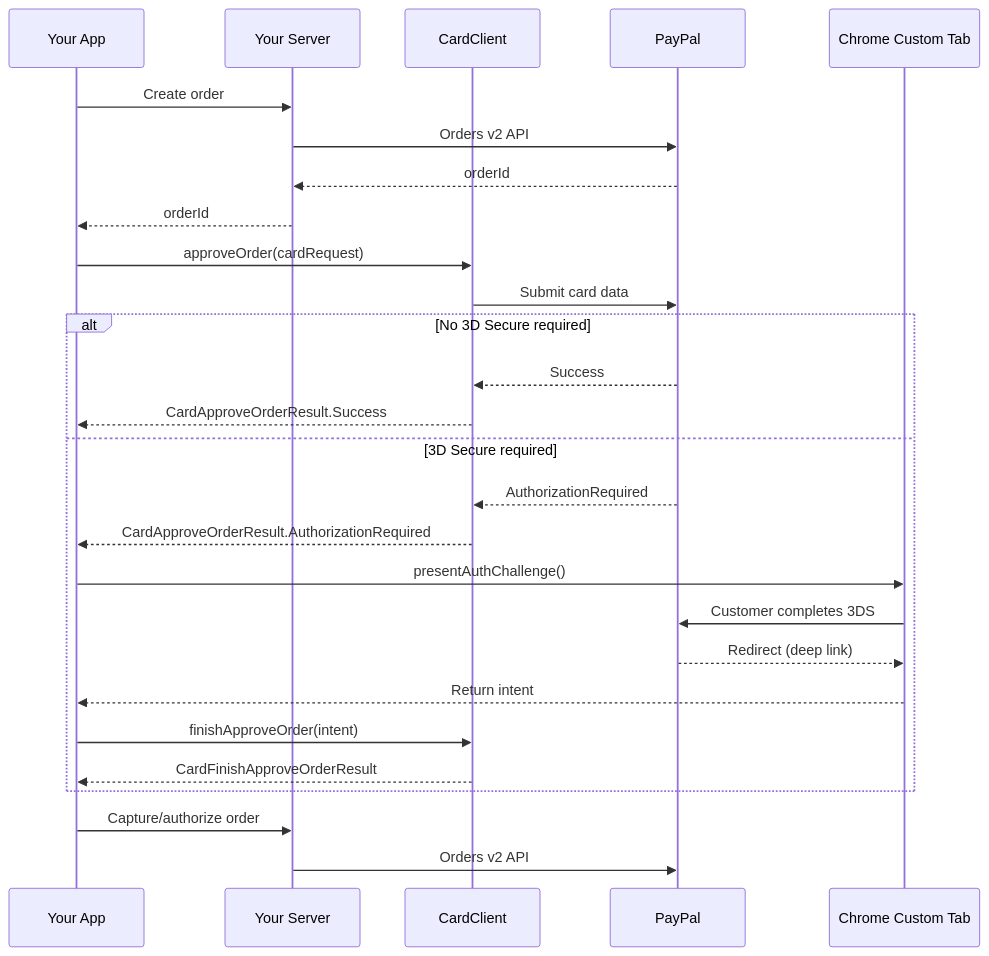
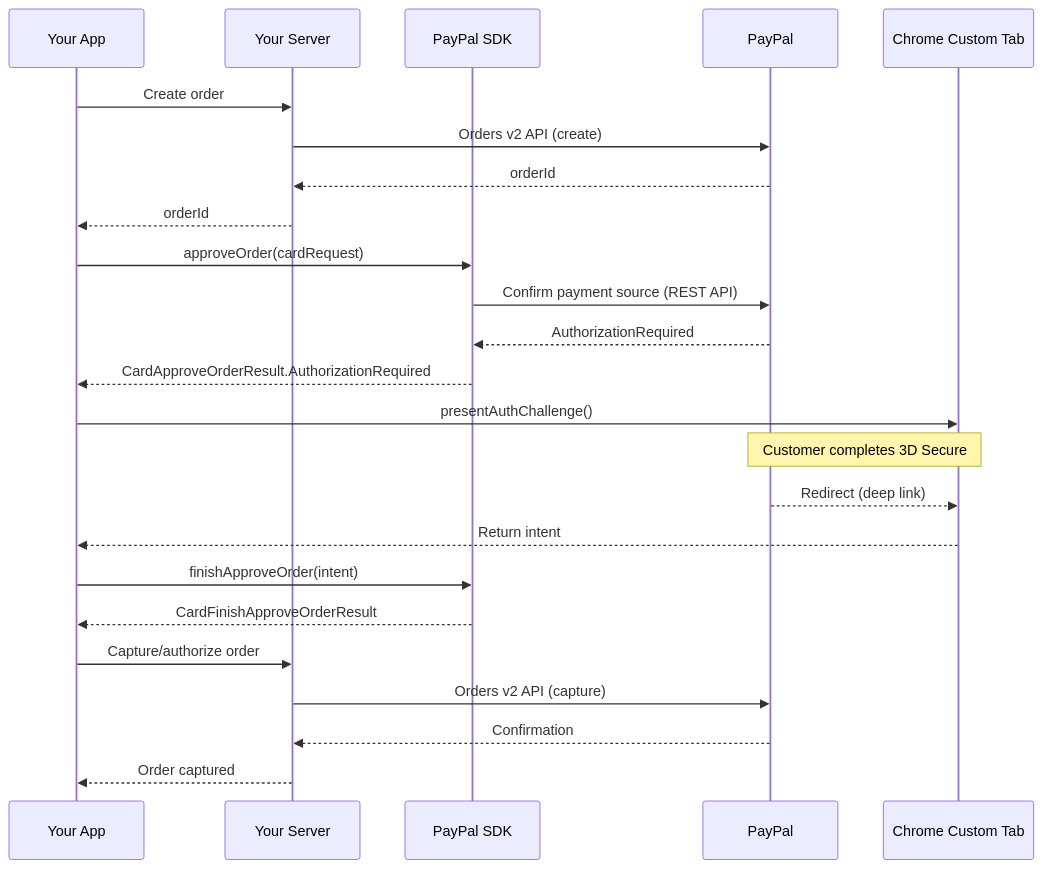
Before and after one commit to paypal/paypal-android: the fourth of 5 diagrams in Docs/IntegrationGuide.md, drawn with Mermaid. The commit also changed other lines of this file, not shown here.

Commit message:
Split card payment diagram into two and standardize diagram labels
- Replace alt-path card payment diagram with separate 3DS and non-3DS diagrams
- Standardize all Mermaid diagram participant labels to "PayPal SDK"

````diff
--- a/Docs/IntegrationGuide.md
+++ b/Docs/IntegrationGuide.md
@@ -265,30 +290,27 @@
 ```mermaid
 sequenceDiagram
     participant App as Your App
     participant Server as Your Server
-    participant SDK as CardClient
+    participant SDK as PayPal SDK
     participant PayPal as PayPal
     participant Browser as Chrome Custom Tab
 
     App->>Server: Create order
-    Server->>PayPal: Orders v2 API
+    Server->>PayPal: Orders v2 API (create)
     PayPal-->>Server: orderId
     Server-->>App: orderId
     App->>SDK: approveOrder(cardRequest)
-    SDK->>PayPal: Submit card data
-    alt No 3D Secure required
-        PayPal-->>SDK: Success
-        SDK-->>App: CardApproveOrderResult.Success
-    else 3D Secure required
-        PayPal-->>SDK: AuthorizationRequired
-        SDK-->>App: CardApproveOrderResult.AuthorizationRequired
-        App->>Browser: presentAuthChallenge()
-        Browser->>PayPal: Customer completes 3DS
-        PayPal-->>Browser: Redirect (deep link)
-        Browser-->>App: Return intent
-        App->>SDK: finishApproveOrder(intent)
-        SDK-->>App: CardFinishApproveOrderResult
-    end
+    SDK->>PayPal: Confirm payment source (REST API)
+    PayPal-->>SDK: AuthorizationRequired
+    SDK-->>App: CardApproveOrderResult.AuthorizationRequired
+    App->>Browser: presentAuthChallenge()
+    Note over Browser,PayPal: Customer completes 3D Secure
+    PayPal-->>Browser: Redirect (deep link)
+    Browser-->>App: Return intent
+    App->>SDK: finishApproveOrder(intent)
+    SDK-->>App: CardFinishApproveOrderResult
     App->>Server: Capture/authorize order
-    Server->>PayPal: Orders v2 API
+    Server->>PayPal: Orders v2 API (capture)
+    PayPal-->>Server: Confirmation
+    Server-->>App: Order captured
 ```
````
